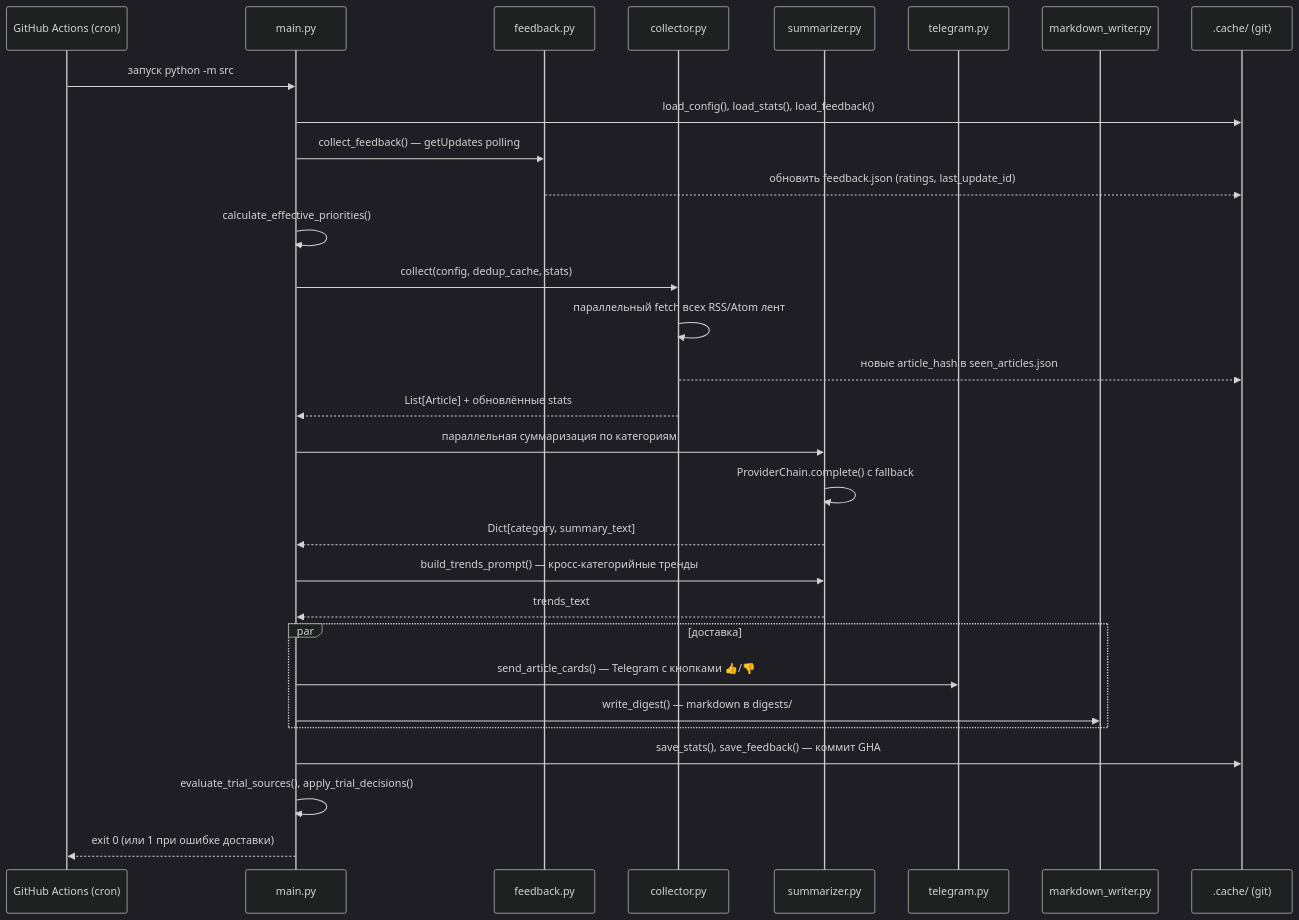
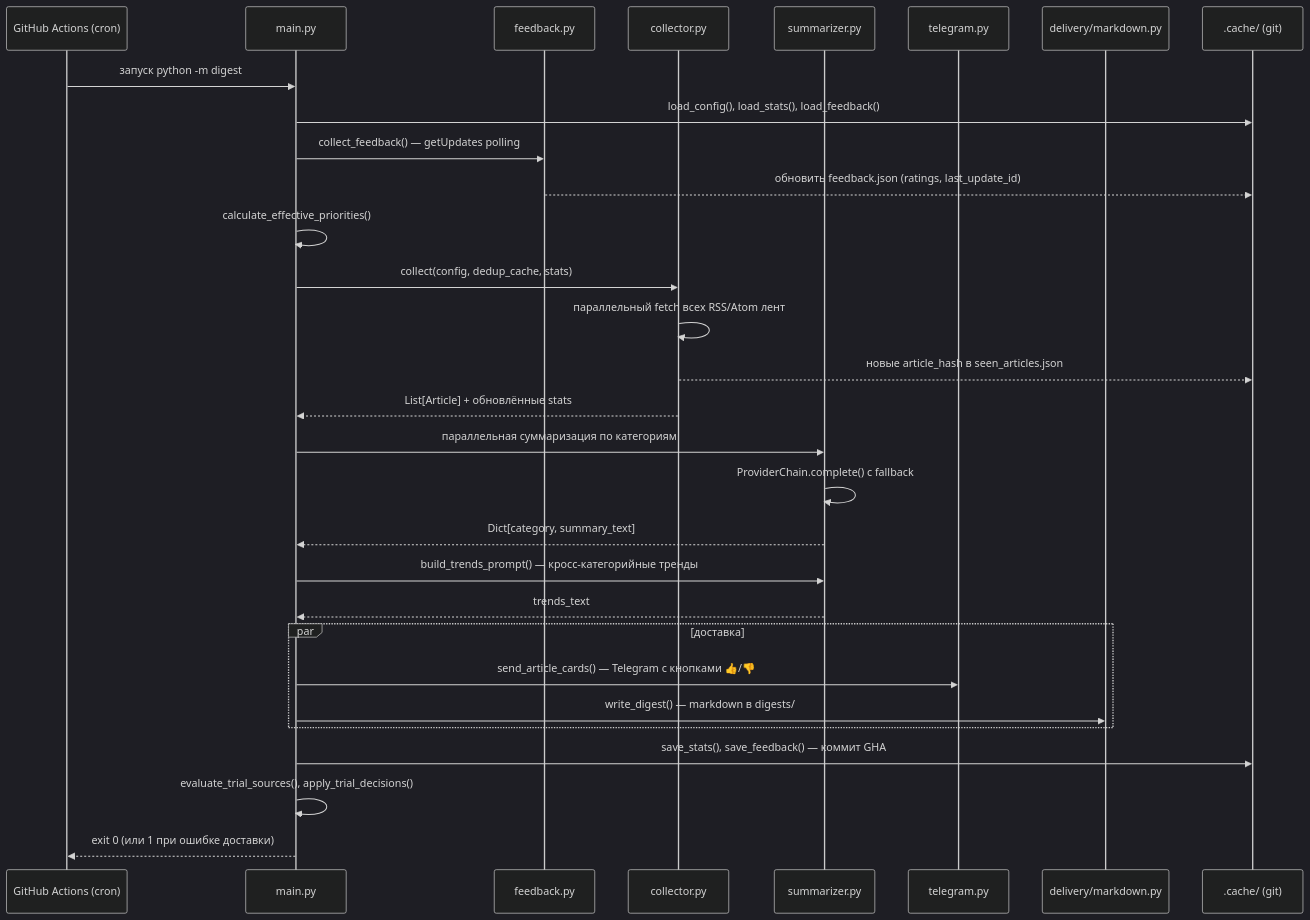
Before and after one commit to Lenivvenil/digest: the diagram in docs/ARCHITECTURE.md, drawn with Mermaid (dark theme). The commit also changed other lines of this file and 8 other files, not shown here.

````diff
--- a/docs/ARCHITECTURE.md
+++ b/docs/ARCHITECTURE.md
@@ -13,33 +15,33 @@
 ```mermaid
 sequenceDiagram
     participant GHA as GitHub Actions (cron)
     participant main as main.py
     participant fb as feedback.py
     participant col as collector.py
     participant sum as summarizer.py
     participant tg as telegram.py
-    participant md as markdown_writer.py
+    participant md as delivery/markdown.py
     participant cache as .cache/ (git)
 
-    GHA->>main: запуск python -m src
+    GHA->>main: запуск python -m digest
     main->>cache: load_config(), load_stats(), load_feedback()
     main->>fb: collect_feedback() — getUpdates polling
     fb-->>cache: обновить feedback.json (ratings, last_update_id)
     main->>main: calculate_effective_priorities()
     main->>col: collect(config, dedup_cache, stats)
     col->>col: параллельный fetch всех RSS/Atom лент
     col-->>cache: новые article_hash в seen_articles.json
     col-->>main: List[Article] + обновлённые stats
     main->>sum: параллельная суммаризация по категориям
     sum->>sum: ProviderChain.complete() с fallback
     sum-->>main: Dict[category, summary_text]
     main->>sum: build_trends_prompt() — кросс-категорийные тренды
     sum-->>main: trends_text
     par доставка
         main->>tg: send_article_cards() — Telegram с кнопками 👍/👎
         main->>md: write_digest() — markdown в digests/
     end
     main->>cache: save_stats(), save_feedback() — коммит GHA
     main->>main: evaluate_trial_sources(), apply_trial_decisions()
     main-->>GHA: exit 0 (или 1 при ошибке доставки)
 ```
````
